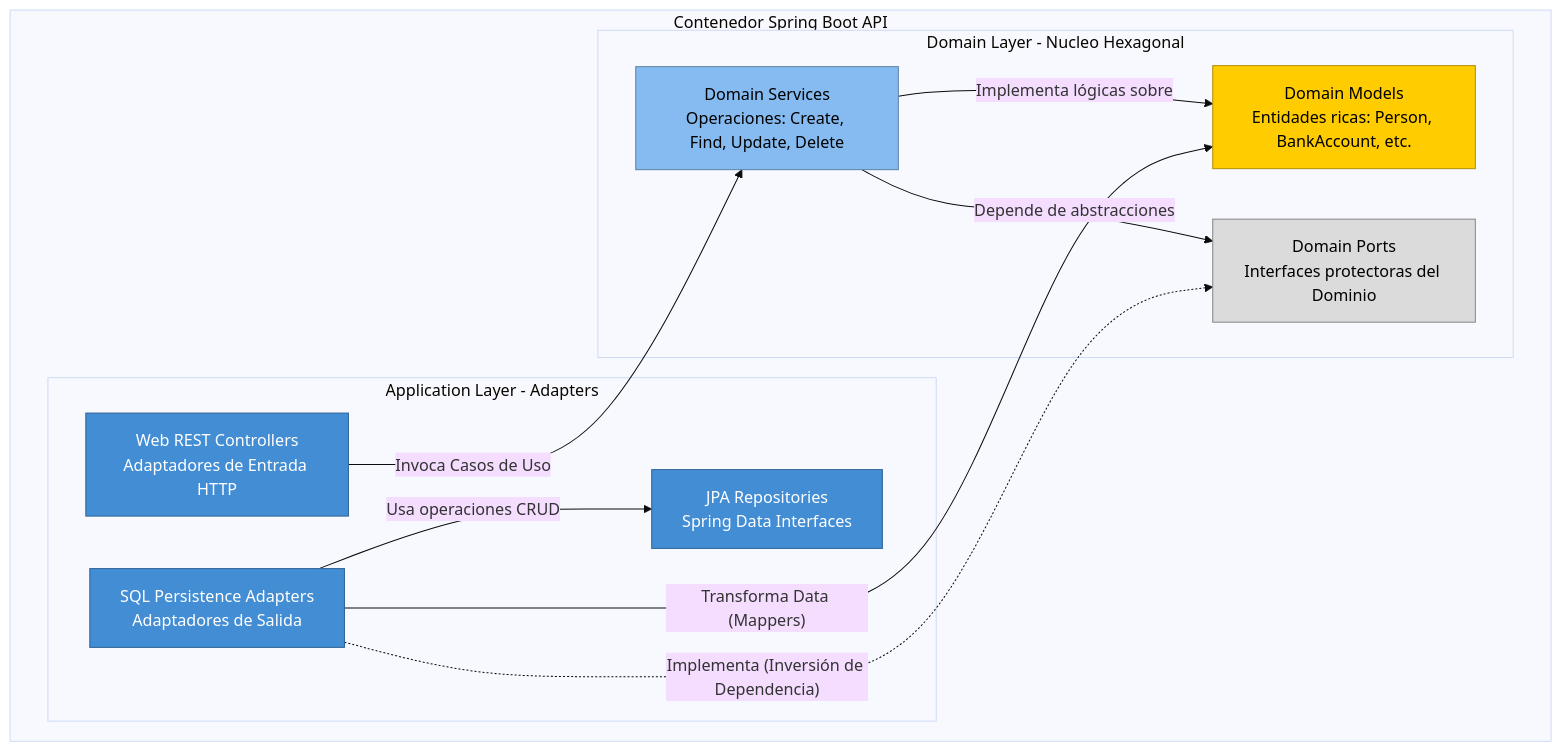
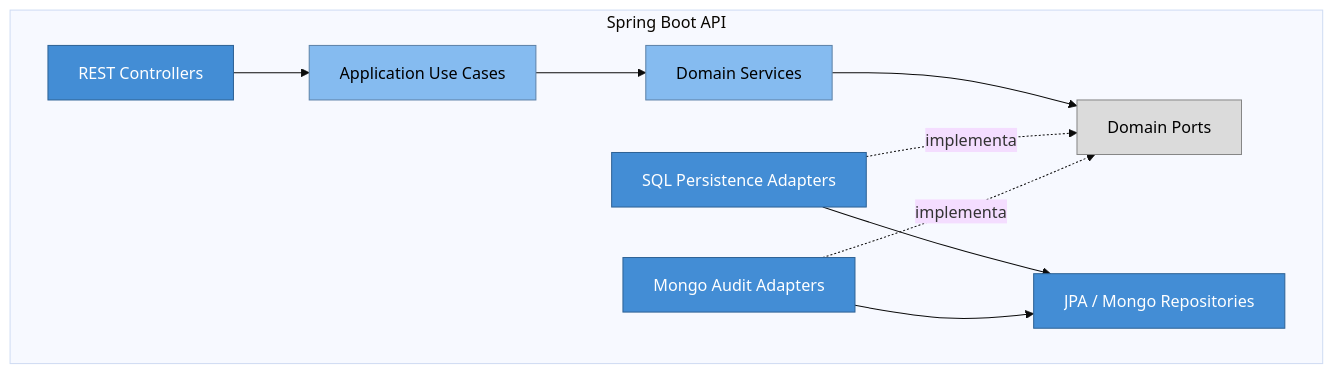
Before and after one commit to Digiwill08/ConstruccionDeSoftware2WilmerVega: the third of 3 diagrams in C4_ARCHITECTURE.md, drawn with Mermaid (base theme). The commit also changed other lines of this file and 7 other files, not shown here.

First line of the commit message:
Refactor banking system documentation and domain model

````diff
--- a/C4_ARCHITECTURE.md
+++ b/C4_ARCHITECTURE.md
@@ -71,38 +54,28 @@
 ```mermaid
 graph TD
-    subgraph Spring Boot API [Contenedor Spring Boot API]
-        
-        subgraph Capa Infraestructura [Application Layer - Adapters]
-            WebControllers[Web REST Controllers\nAdaptadores de Entrada HTTP]
-            PersistenceAdapters[SQL Persistence Adapters\nAdaptadores de Salida]
-            JPARepositories[JPA Repositories\nSpring Data Interfaces]
-        end
-        
-        subgraph Capa Core [Domain Layer - Nucleo Hexagonal]
-            DomainServices[Domain Services\nOperaciones: Create, Find, Update, Delete]
-            DomainPorts[Domain Ports\nInterfaces protectoras del Dominio]
-            DomainModels[Domain Models\nEntidades ricas: Person, BankAccount, etc.]
-        end
+    subgraph API[Spring Boot API]
+        Controllers[REST Controllers]
+        UseCases[Application Use Cases]
+        DomainServices[Domain Services]
+        Ports[Domain Ports]
+        SqlAdapters[SQL Persistence Adapters]
+        MongoAdapters[Mongo Audit Adapters]
+        Repositories[JPA / Mongo Repositories]
     end
-    
-    %% Relaciones Hexagonales
-    WebControllers -- "Invoca Casos de Uso" --> DomainServices
-    DomainServices -- "Implementa lógicas sobre" --> DomainModels
-    DomainServices -- "Depende de abstracciones" --> DomainPorts
-    
-    %% Inversion de Dependencias
-    PersistenceAdapters -. "Implementa (Inversión de Dependencia)" .-> DomainPorts
-    PersistenceAdapters -- "Usa operaciones CRUD" --> JPARepositories
-    PersistenceAdapters -- "Transforma Data (Mappers)" --> DomainModels
-    
-    %% Estilos
+
+    Controllers --> UseCases
+    UseCases --> DomainServices
+    DomainServices --> Ports
+    SqlAdapters -. implementa .-> Ports
+    MongoAdapters -. implementa .-> Ports
+    SqlAdapters --> Repositories
+    MongoAdapters --> Repositories
+
     classDef service fill:#85bbf0,stroke:#5d82a8,color:#000;
     classDef port fill:#dbdbdb,stroke:#868686,color:#000;
-    classDef model fill:#ffcc00,stroke:#b28e00,color:#000;
     classDef adapter fill:#438dd5,stroke:#2e6295,color:#fff;
-    
-    class DomainServices service;
-    class DomainPorts port;
-    class DomainModels model;
-    class WebControllers,PersistenceAdapters,JPARepositories adapter;
+
+    class UseCases,DomainServices service;
+    class Ports port;
+    class Controllers,SqlAdapters,MongoAdapters,Repositories adapter;
 ```
````
